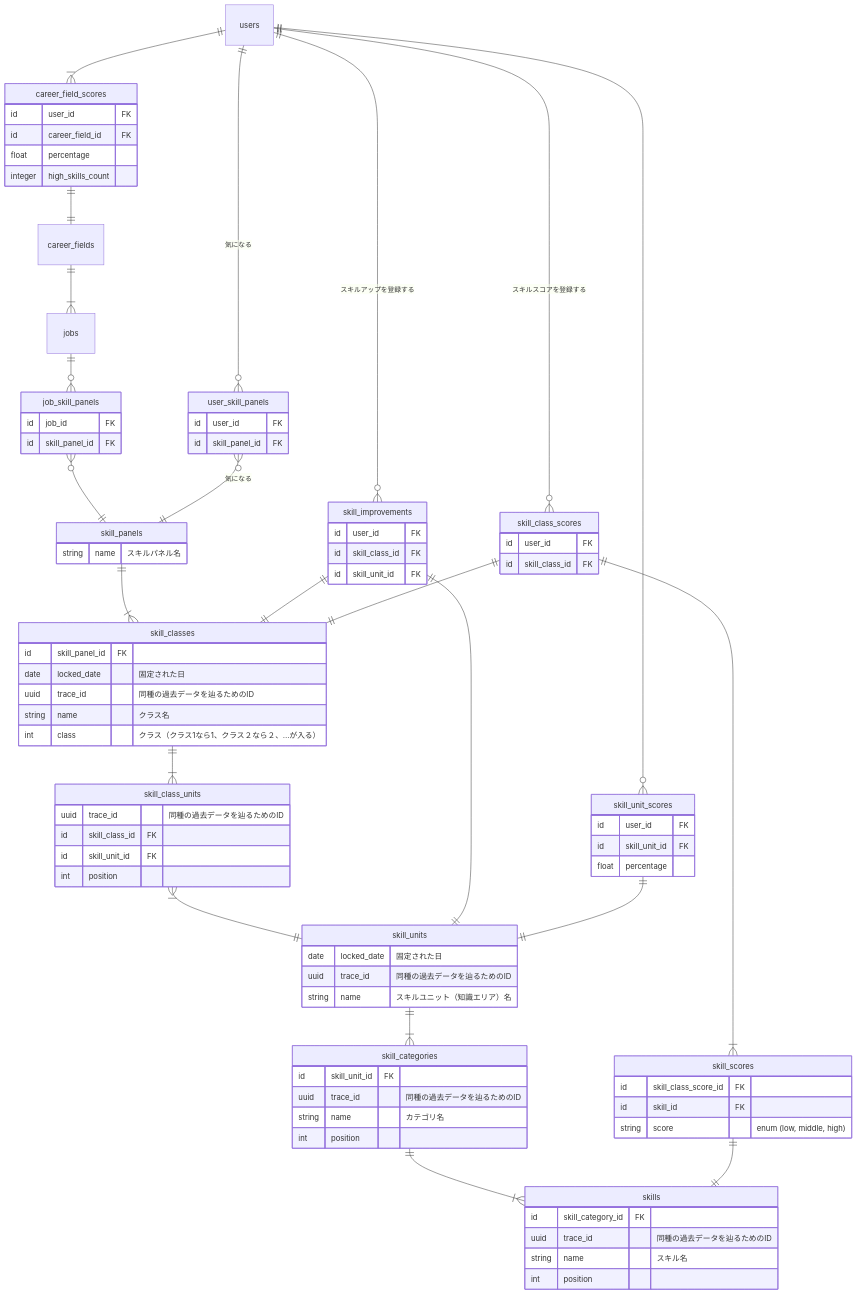
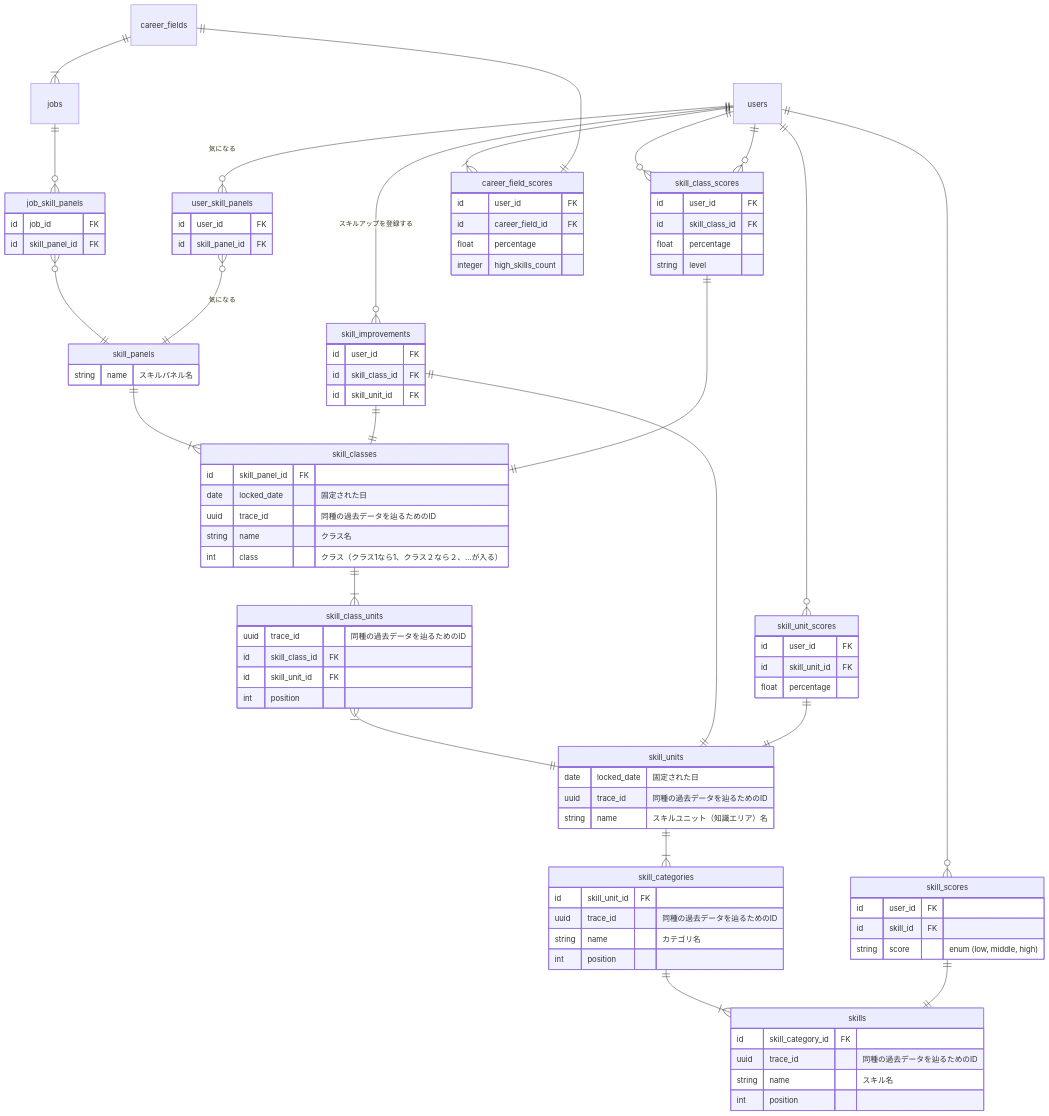
The second of 3 diagrams in docs/logics/update_skill_panels.md (bright-org/bright), drawn with Mermaid before and after one commit. The commit also changed other lines of this file and 13 other files, not shown here.

```diff
--- a/docs/logics/update_skill_panels.md
+++ b/docs/logics/update_skill_panels.md
@@ -96,14 +96,15 @@
   users ||--o{ skill_improvements : "スキルアップを登録する"
   skill_improvements ||--|| skill_classes : ""
   skill_improvements ||--|| skill_units : ""
-  users ||--o{ skill_class_scores : "スキルスコアを登録する"
+  users ||--o{ skill_class_scores : ""
+  users ||--o{ skill_unit_scores : ""
+  users ||--o{ skill_scores : ""
+  users ||--|{ career_field_scores : ""
+  users ||--o{ skill_class_scores : ""
   skill_class_scores ||--|| skill_classes : ""
-  skill_class_scores ||--|{ skill_scores : ""
   skill_scores ||--|| skills : ""
-  users ||--|{ career_field_scores : ""
-  career_field_scores ||--|| career_fields : ""
-  users ||--o{ skill_unit_scores : ""
   skill_unit_scores ||--|| skill_units : ""
+  career_fields ||--|| career_field_scores : ""
 
   skill_panels {
     string name "スキルパネル名"
@@ -163,6 +164,8 @@
   skill_class_scores {
     id user_id FK
     id skill_class_id FK
+    float percentage
+    string level
   }
 
   skill_unit_scores {
@@ -172,7 +175,7 @@
   }
 
   skill_scores {
-    id skill_class_score_id FK
+    id user_id FK
     id skill_id FK
     string score "enum (low, middle, high)"
   }
```
